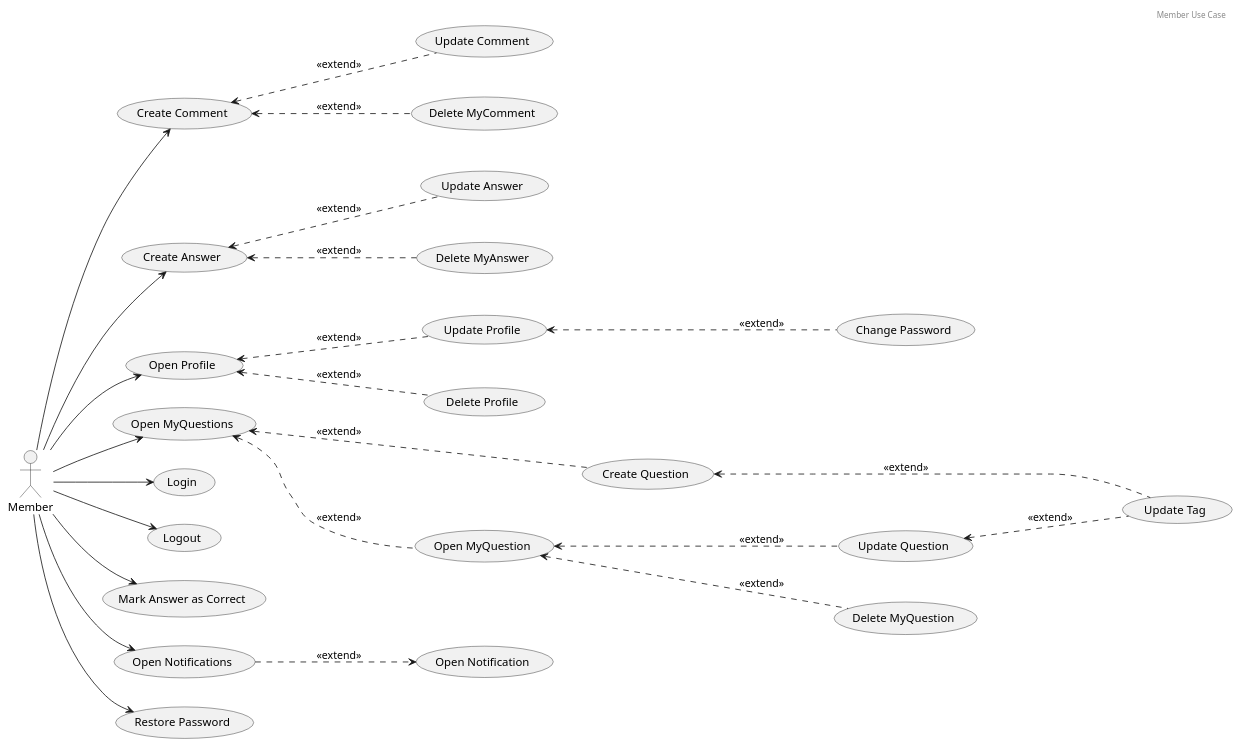
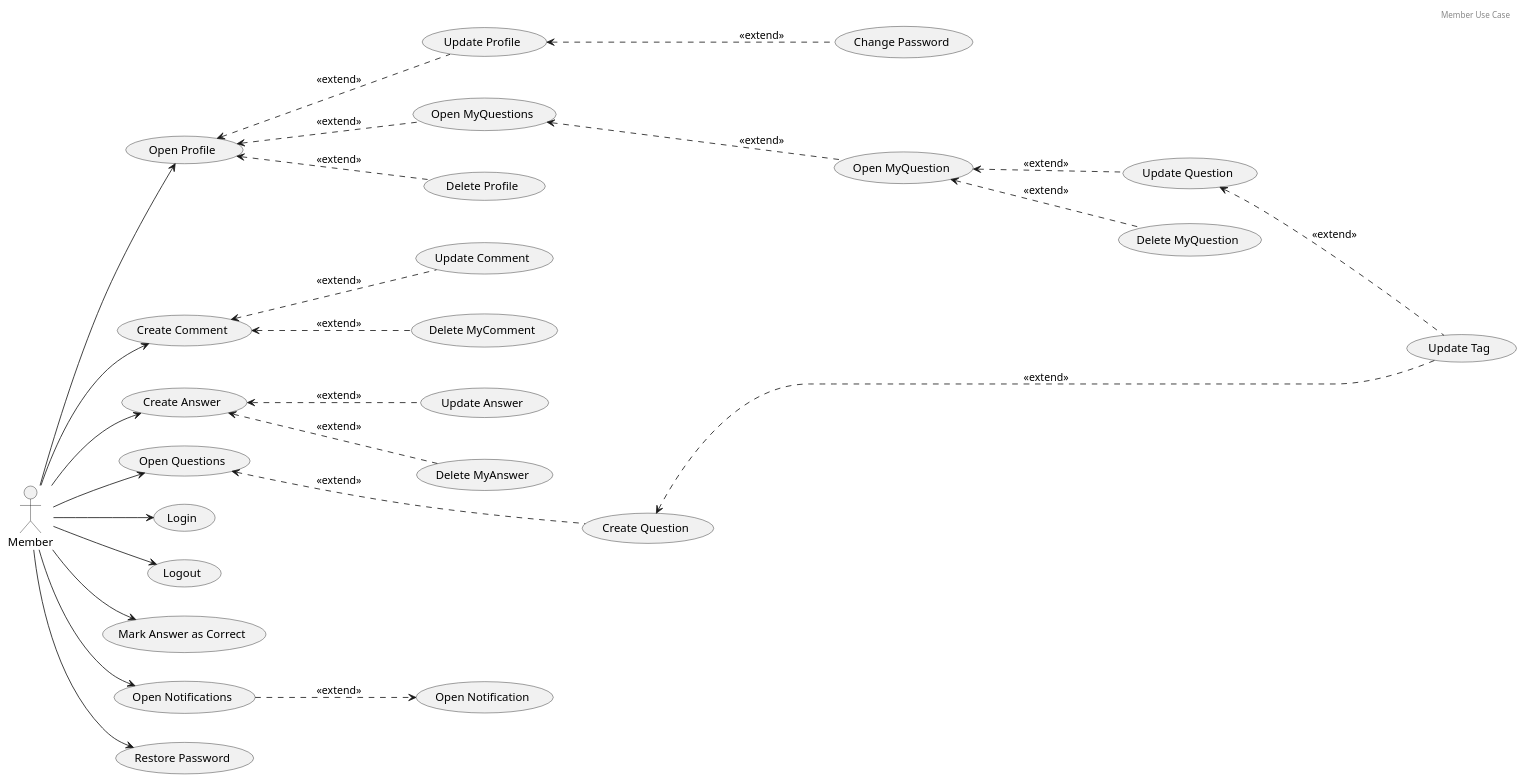
Before and after one commit to rafaelacirino/miw-backend-foro: the diagram in src/main/resources/templates/useCases/useCasesMember.plantuml, drawn with PlantUML. The commit also changed 9 other files, not shown here.

Commit message:
update diagrams

```diff
--- a/src/main/resources/templates/useCases/useCasesMember.plantuml
+++ b/src/main/resources/templates/useCases/useCasesMember.plantuml
@@ -1,68 +1,71 @@
 @startuml
 
 header Member Use Case
 
 actor Member
 
 left to right direction
 
 (Login) as UC1
 (Logout) as UC2
 
 (Open Profile) as UC4
 (Update Profile) as UC5
 (Delete Profile) as UC6
 (Change Password) as UC36
 
 (Create Question) as UC8
 (Delete MyQuestion) as UC9
 (Update Question) as UC10
+(Open Questions) as UC11
 (Open MyQuestion) as UC12
 (Open MyQuestions) as UC13
 
 (Create Answer) as UC14
 (Update Answer) as UC15
 (Delete MyAnswer) as UC16
 (Mark Answer as Correct) as UC17
 
 (Create Comment) as UC18
 (Update Comment) as UC19
 (Delete MyComment) as UC20
 (Open Notifications) as UC33
 (Open Notification) as UC34
 
 (Update Tag) as UC21
 
 (Restore Password) as UC37
 
-UC8 .-up-> UC13 : <<extend>>
+UC8 .-up-> UC11 : <<extend>>
 UC12 .-up-> UC13 : <<extend>>
 UC9 .-up-> UC12 : <<extend>>
 UC10 .-up-> UC12 : <<extend>>
 
 UC21 .-up-> UC8 : <<extend>>
 UC21 .-up-> UC10 : <<extend>>
 
 UC5 .-up-> UC4 : <<extend>>
 UC6 .-up-> UC4 : <<extend>>
 UC36 .-up-> UC5 : <<extend>>
 
 UC15 .-up-> UC14 : <<extend>>
 UC16 .-up-> UC14 : <<extend>>
 
 UC19 .-up-> UC18 : <<extend>>
 UC20 .-up-> UC18 : <<extend>>
 UC33 .-down-> UC34 : <<extend>>
 
+UC13 .-up-> UC4 : <<extend>>
+
 
 Member --> UC1
 Member --> UC2
 Member --> UC4
-Member --> UC13
+Member --> UC11
 Member --> UC14
 Member --> UC17
 Member --> UC18
 Member --> UC33
 Member --> UC37
 
 @enduml
```
